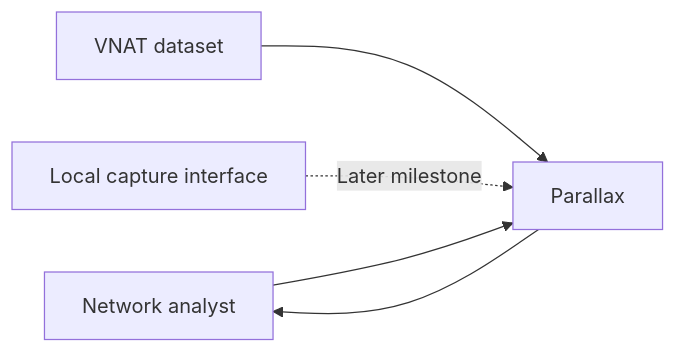
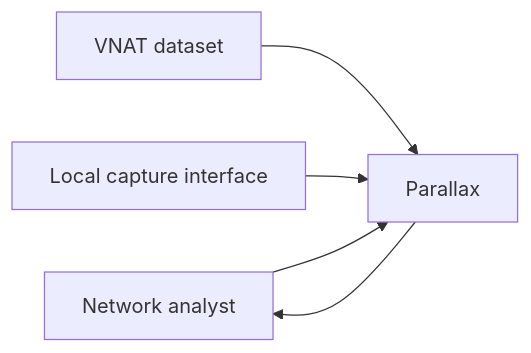
Before and after one commit to JCrossoverGithub/Parallax: the first of 3 diagrams in docs/engineering-design.md, drawn with Mermaid. The commit also changed other lines of this file and 4 other files, not shown here.

````diff
--- a/docs/engineering-design.md
+++ b/docs/engineering-design.md
@@ -209,12 +234,12 @@
 ```mermaid
 flowchart LR
     Analyst[Network analyst]
     System[Parallax]
     Data[VNAT dataset]
     Interface[Local capture interface]
 
     Data --> System
-    Interface -. Later milestone .-> System
+    Interface --> System
     Analyst --> System
     System --> Analyst
 ```
````
